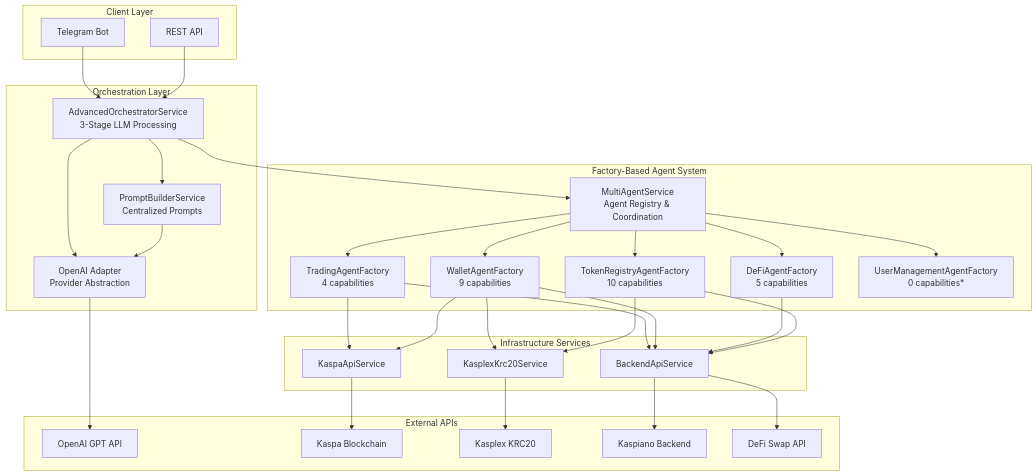
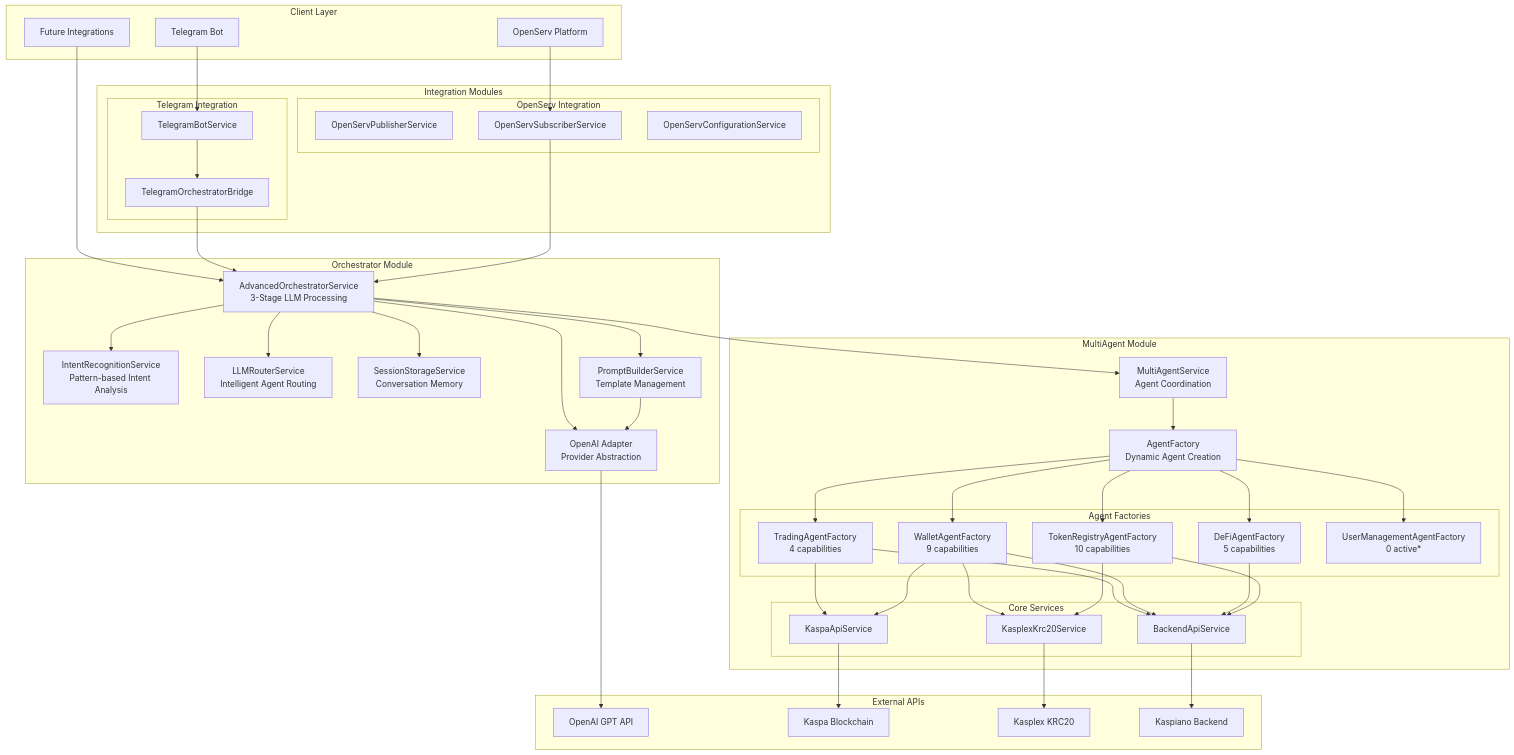
The first of 2 diagrams in README.md (KASPACOM/ai-agent), drawn with Mermaid before and after one commit. The commit also changed other lines of this file and 28 other files, not shown here.

````diff
--- a/README.md
+++ b/README.md
@@ -20,28 +43,49 @@
 graph TB
     subgraph "Client Layer"
         TG[Telegram Bot]
-        API[REST API]
+        OS[OpenServ Platform]
+        API[Future Integrations]
     end
     
-    subgraph "Orchestration Layer"
+    subgraph "Orchestrator Module"
         ORCH[AdvancedOrchestratorService<br/>3-Stage LLM Processing]
-        PROMPT[PromptBuilderService<br/>Centralized Prompts]
+        INTENT[IntentRecognitionService<br/>Pattern-based Intent Analysis]
+        ROUTER[LLMRouterService<br/>Intelligent Agent Routing]
+        SESSION[SessionStorageService<br/>Conversation Memory]
+        PROMPT[PromptBuilderService<br/>Template Management]
         LLM[OpenAI Adapter<br/>Provider Abstraction]
     end
     
-    subgraph "Factory-Based Agent System"
-        MULTI[MultiAgentService<br/>Agent Registry & Coordination]
-        FACTORY_T[TradingAgentFactory<br/>4 capabilities]
-        FACTORY_W[WalletAgentFactory<br/>9 capabilities]
-        FACTORY_D[DeFiAgentFactory<br/>5 capabilities]
-        FACTORY_TR[TokenRegistryAgentFactory<br/>10 capabilities]
-        FACTORY_U[UserManagementAgentFactory<br/>0 capabilities*]
+    subgraph "MultiAgent Module"
+        MULTI[MultiAgentService<br/>Agent Coordination]
+        FACTORY[AgentFactory<br/>Dynamic Agent Creation]
+        
+        subgraph "Agent Factories"
+            FACTORY_T[TradingAgentFactory<br/>4 capabilities]
+            FACTORY_W[WalletAgentFactory<br/>9 capabilities]
+            FACTORY_D[DeFiAgentFactory<br/>5 capabilities]
+            FACTORY_TR[TokenRegistryAgentFactory<br/>10 capabilities]
+            FACTORY_U[UserManagementAgentFactory<br/>0 active*]
+        end
+        
+        subgraph "Core Services"
+            KASPA[KaspaApiService]
+            KASPLEX[KasplexKrc20Service]
+            BACKEND[BackendApiService]
+        end
     end
     
-    subgraph "Infrastructure Services"
-        KASPA[KaspaApiService]
-        KASPLEX[KasplexKrc20Service]
-        BACKEND[BackendApiService]
+    subgraph "Integration Modules"
+        subgraph "Telegram Integration"
+            TG_BOT[TelegramBotService]
+            TG_ORCH[TelegramOrchestratorBridge]
+        end
+        
+        subgraph "OpenServ Integration"
+            OS_PUB[OpenServPublisherService]
+            OS_SUB[OpenServSubscriberService]
+            OS_CONFIG[OpenServConfigurationService]
+        end
     end
     
     subgraph "External APIs"
@@ -49,12 +93,19 @@
         KASPA_API[Kaspa Blockchain]
         KASPLEX_API[Kasplex KRC20]
         BACKEND_API[Kaspiano Backend]
-        DEFI_API[DeFi Swap API]
     end
     
-    TG --> ORCH
+    TG --> TG_BOT
+    OS --> OS_SUB
     API --> ORCH
     
+    TG_BOT --> TG_ORCH
+    TG_ORCH --> ORCH
+    OS_SUB --> ORCH
+    
+    ORCH --> INTENT
+    ORCH --> ROUTER
+    ORCH --> SESSION
     ORCH --> PROMPT
     ORCH --> LLM
     ORCH --> MULTI
@@ -62,11 +113,12 @@
     PROMPT --> LLM
     LLM --> OPENAI
     
-    MULTI --> FACTORY_T
-    MULTI --> FACTORY_W
-    MULTI --> FACTORY_D
-    MULTI --> FACTORY_TR
-    MULTI --> FACTORY_U
+    MULTI --> FACTORY
+    FACTORY --> FACTORY_T
+    FACTORY --> FACTORY_W
+    FACTORY --> FACTORY_D
+    FACTORY --> FACTORY_TR
+    FACTORY --> FACTORY_U
     
     FACTORY_T --> BACKEND
     FACTORY_T --> KASPA
@@ -80,5 +132,4 @@
     BACKEND --> BACKEND_API
     KASPA --> KASPA_API
     KASPLEX --> KASPLEX_API
-    BACKEND --> DEFI_API
 ```
````
